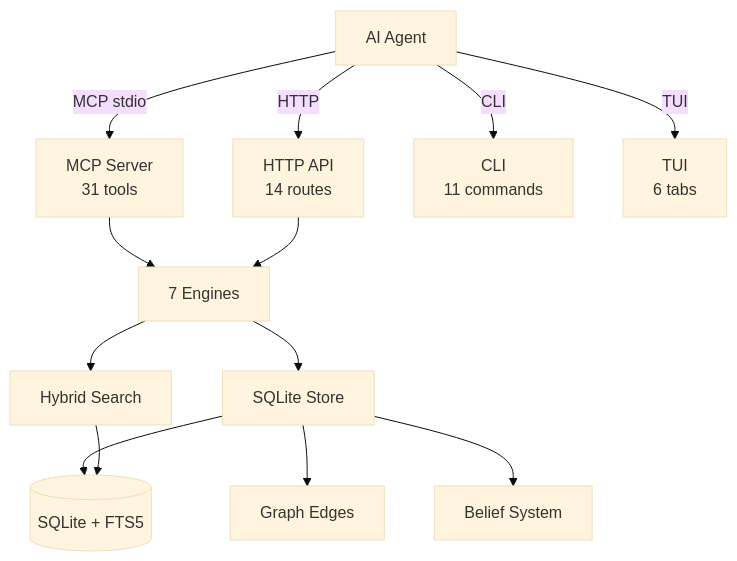
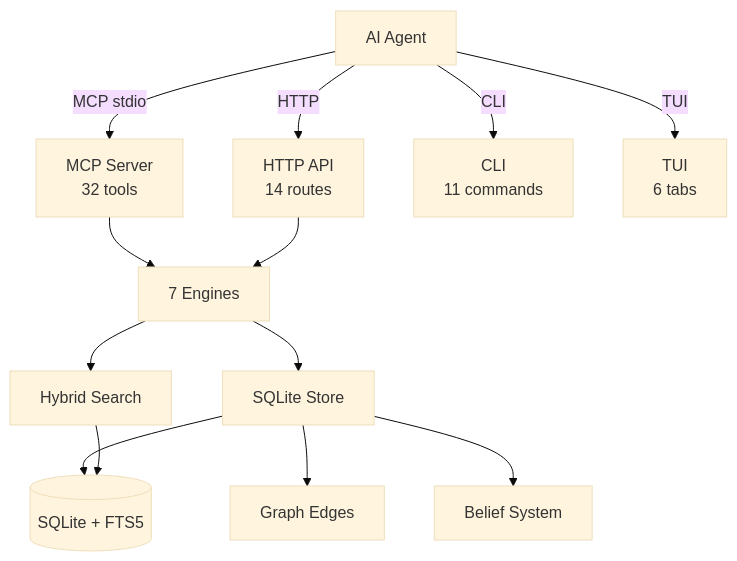
The diagram in README.md (maisonnat/the-crab-engram), drawn with Mermaid (base theme) before and after one commit. The commit also changed other lines of this file and 1 other file, not shown here.

First line of the commit message:
fix: correct all tool names to match actual code (32 tools)

````diff
--- a/README.md
+++ b/README.md
@@ -132,16 +132,16 @@
 ```mermaid
 graph TD
-    Agent[AI Agent] -->|MCP stdio| MCP[MCP Server<br/>31 tools]
+    Agent[AI Agent] -->|MCP stdio| MCP[MCP Server<br/>32 tools]
     Agent -->|HTTP| API[HTTP API<br/>14 routes]
     Agent -->|CLI| CLI[CLI<br/>11 commands]
     Agent -->|TUI| TUI[TUI<br/>6 tabs]
 
     MCP --> Engines[7 Engines]
     API --> Engines
     Engines --> Store[SQLite Store]
     Engines --> Search[Hybrid Search]
     Store --> SQLite[(SQLite + FTS5)]
     Search --> SQLite
     Store --> Graph[Graph Edges]
     Store --> Beliefs[Belief System]
 ```
````
